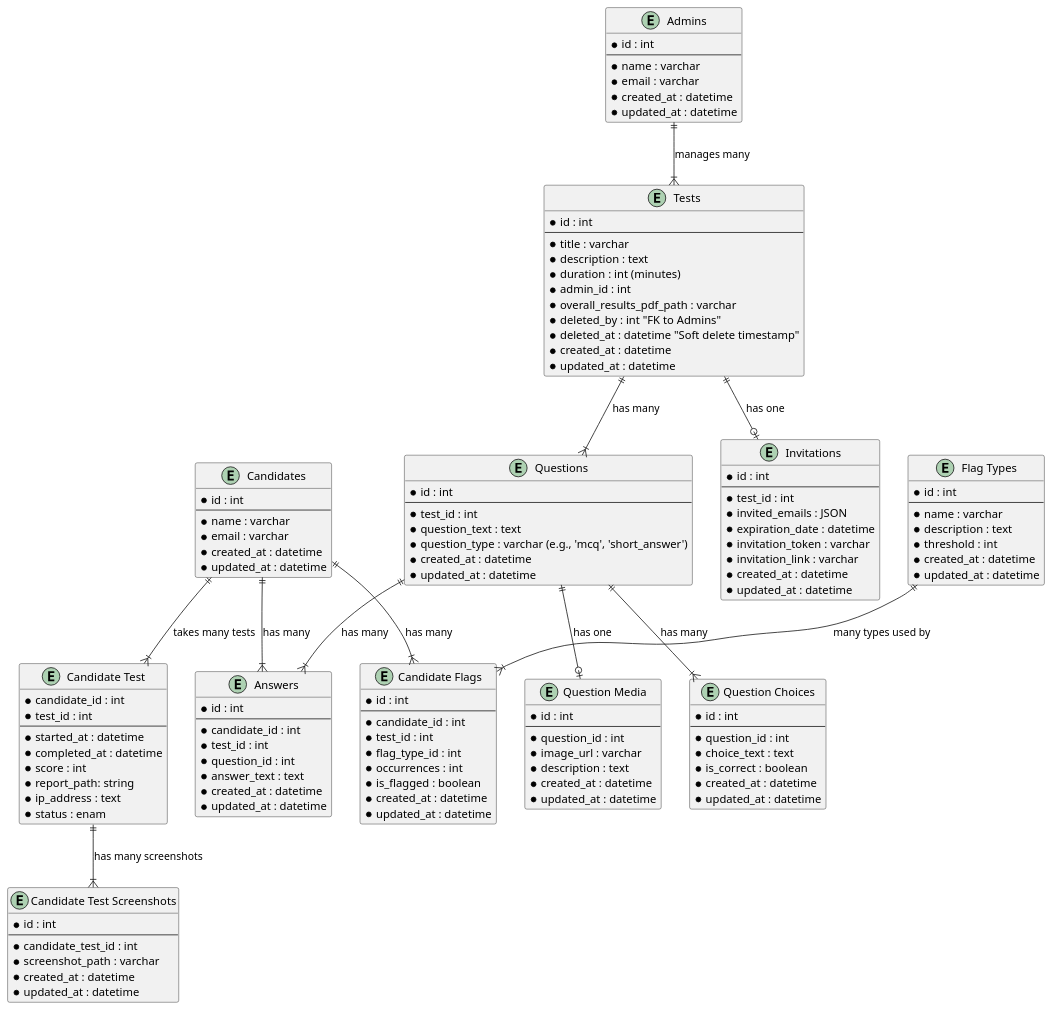
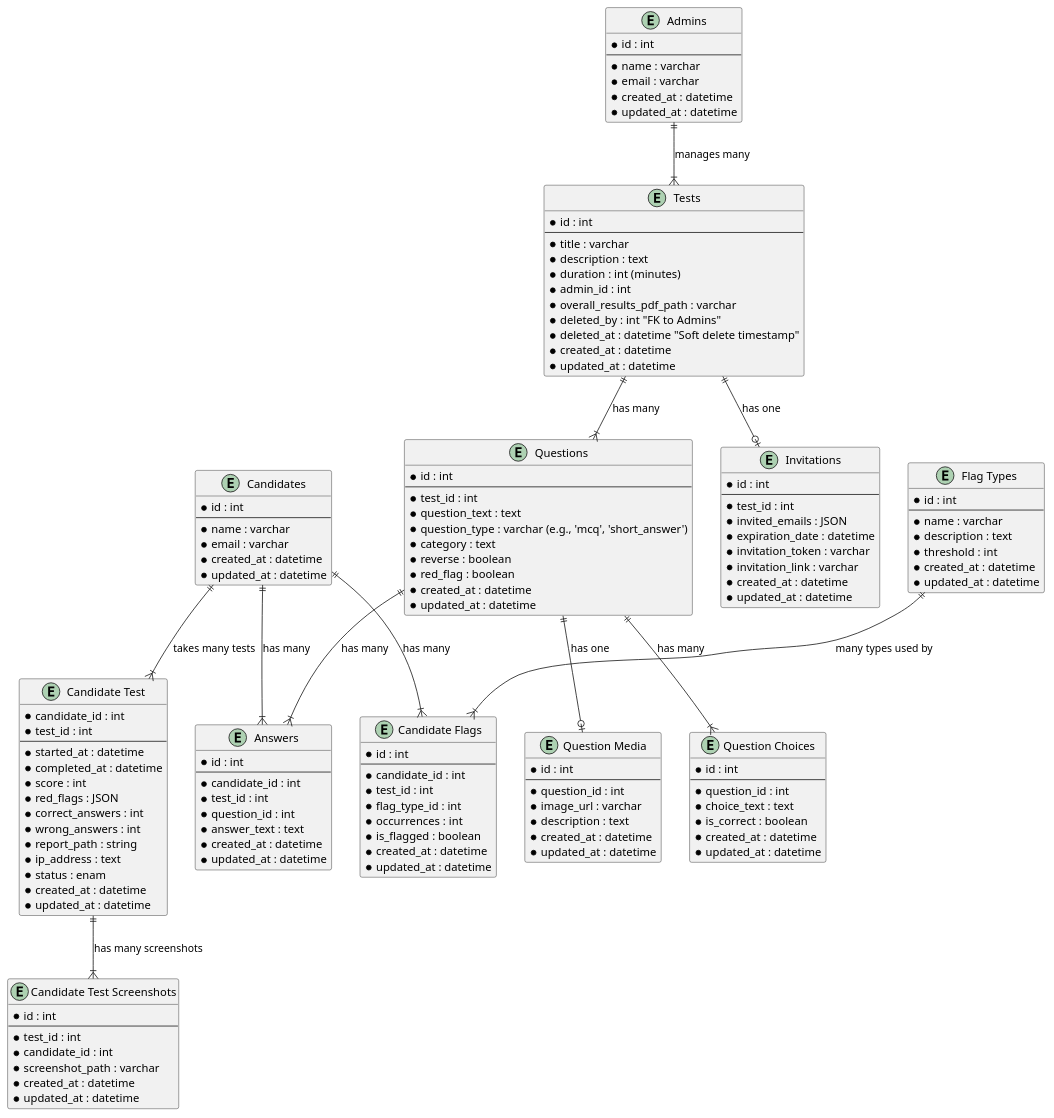
One commit to milelecars/MileleSkillSage changed the diagram in storage/plantuml/db_diagram.puml. Above: the diagram before and after it, drawn with PlantUML. The commit also changed 2 other files, not shown here.

```diff
--- a/storage/plantuml/db_diagram.puml
+++ b/storage/plantuml/db_diagram.puml
@@ -1,146 +1,155 @@
 @startuml "Milele SkillSage"
 
 
 entity "Candidates" {
   * id : int
   --
   * name : varchar
   * email : varchar
   * created_at : datetime
   * updated_at : datetime
 }
 
 entity "Tests" {
   * id : int
   --
   * title : varchar
   * description : text
   * duration : int (minutes)
   * admin_id : int
   * overall_results_pdf_path : varchar
   * deleted_by : int "FK to Admins"
   * deleted_at : datetime "Soft delete timestamp"
   * created_at : datetime
   * updated_at : datetime
 }
 
 entity "Candidate Test" {
   * candidate_id : int
   * test_id : int
   --
   * started_at : datetime
   * completed_at : datetime
   * score : int
-  * report_path: string
+  * red_flags : JSON 
+  * correct_answers : int 
+  * wrong_answers : int 
+  * report_path : string
   * ip_address : text
   * status : enam
+  * created_at : datetime
+  * updated_at : datetime
 }
 
 entity "Candidate Test Screenshots" {
   * id : int
   --
-  * candidate_test_id : int
+  * test_id : int
+  * candidate_id : int
   * screenshot_path : varchar
   * created_at : datetime
   * updated_at : datetime
 }
 
 entity "Questions" {
   * id : int
   --
   * test_id : int
   * question_text : text
   * question_type : varchar (e.g., 'mcq', 'short_answer')
+  * category : text
+  * reverse : boolean
+  * red_flag : boolean 
   * created_at : datetime
   * updated_at : datetime
 }
 
 entity "Question Choices" {
   * id : int
   --
   * question_id : int
   * choice_text : text
   * is_correct : boolean
   * created_at : datetime
   * updated_at : datetime
 }
 
 entity "Question Media" {
   * id : int
   --
   * question_id : int
   * image_url : varchar
   * description : text
   * created_at : datetime
   * updated_at : datetime
 }
 
 entity "Answers" {
   * id : int
   --
   * candidate_id : int
   * test_id : int
   * question_id : int
   * answer_text : text
   * created_at : datetime
   * updated_at : datetime
 }
 
 entity "Admins" {
   * id : int
   --
   * name : varchar
   * email : varchar
   * created_at : datetime
   * updated_at : datetime
 }
 
 entity "Flag Types" {
   * id : int
   --
   * name : varchar
   * description : text
   * threshold : int
   * created_at : datetime
   * updated_at : datetime
 }
 
 entity "Candidate Flags" {
   * id : int
   --
   * candidate_id : int
   * test_id : int
   * flag_type_id : int
   * occurrences : int
   * is_flagged : boolean
   * created_at : datetime
   * updated_at : datetime
 }
 
 entity "Invitations" {
   * id : int
   --
   * test_id : int
   * invited_emails : JSON
   * expiration_date : datetime
   * invitation_token : varchar
   * invitation_link : varchar
   * created_at : datetime 
   * updated_at : datetime
 }
 
 ' Relationships
 "Candidates" ||--|{ "Answers" : has many
 "Candidates" ||--|{ "Candidate Flags" : has many
 "Candidates" ||--|{ "Candidate Test" : takes many tests
 "Tests" ||--|{ "Questions" : has many
 "Tests" ||--o| "Invitations" : has one
 "Questions" ||--|{ "Question Choices" : has many
 "Questions" ||--o| "Question Media" : has one
 "Questions" ||--|{ "Answers" : has many  
 "Flag Types" ||--|{ "Candidate Flags" : many types used by
 "Admins" ||--|{ "Tests" : manages many
 "Candidate Test" ||--|{ "Candidate Test Screenshots" : "has many screenshots"
 
 
 @enduml
```
